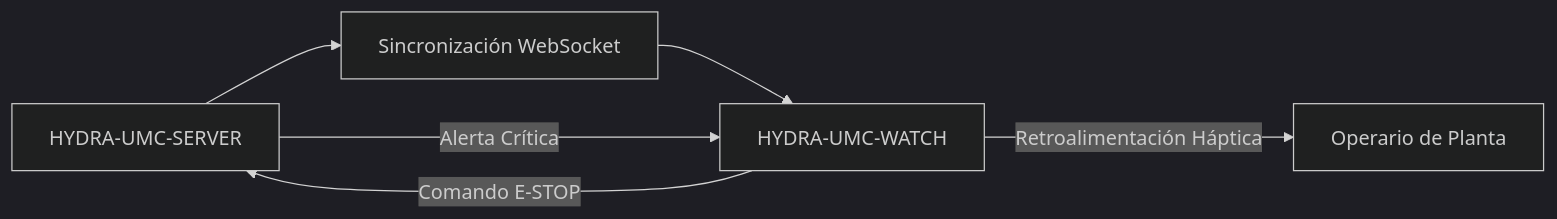
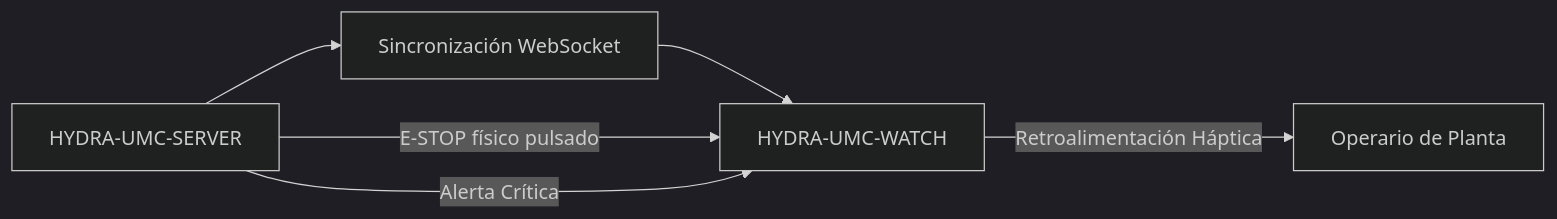
Before and after one commit to JuanenRac/HYDRA-UMC-WATCH: the diagram in README_spa.md, drawn with Mermaid (dark theme). The commit also changed other lines of this file and 10 other files, not shown here.

Commit message:
Make clear that the watch never stops anything by itself and only confirms or warns of a physical E-STOP

````diff
--- a/README_spa.md
+++ b/README_spa.md
@@ -104,8 +104,8 @@
 ```mermaid
 flowchart LR
     SERVER["HYDRA-UMC-SERVER"] --> WS["Sincronización WebSocket"]
     WS --> WATCH["HYDRA-UMC-WATCH"]
-    WATCH -- Comando E-STOP --> SERVER
+    SERVER -- E-STOP físico pulsado --> WATCH
     SERVER -- Alerta Crítica --> WATCH
     WATCH -- Retroalimentación Háptica --> OPERATOR["Operario de Planta"]
 ```
````
